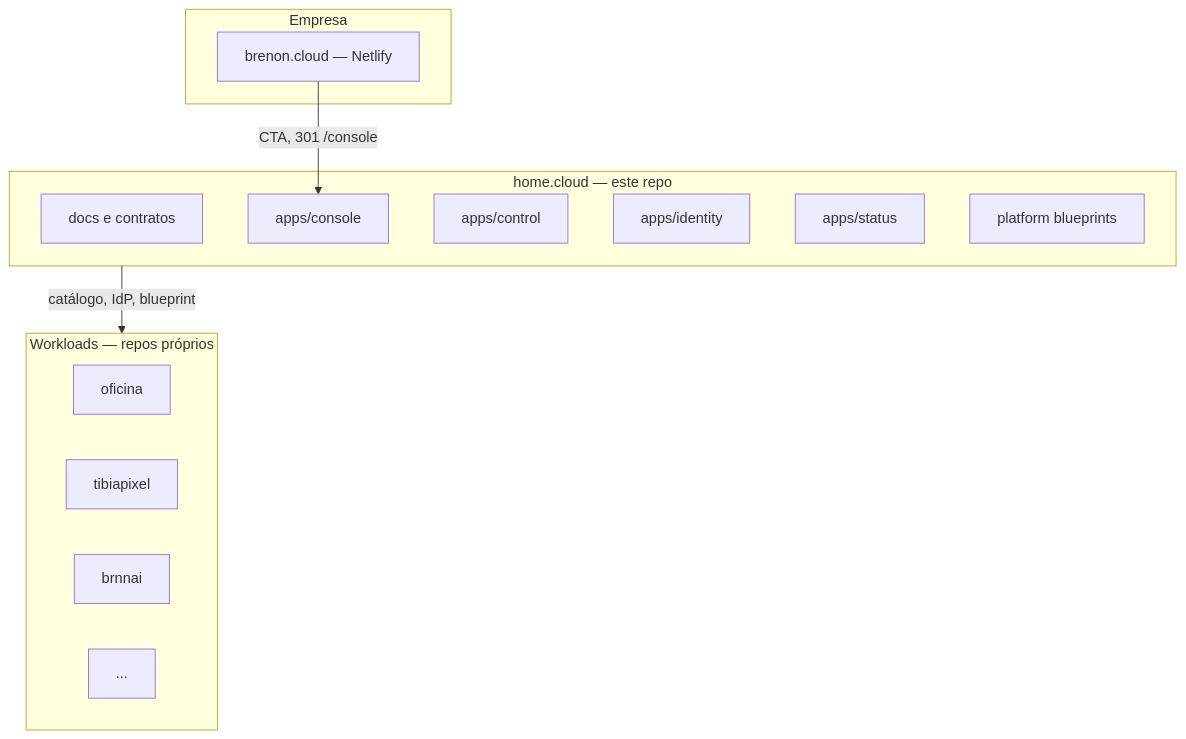
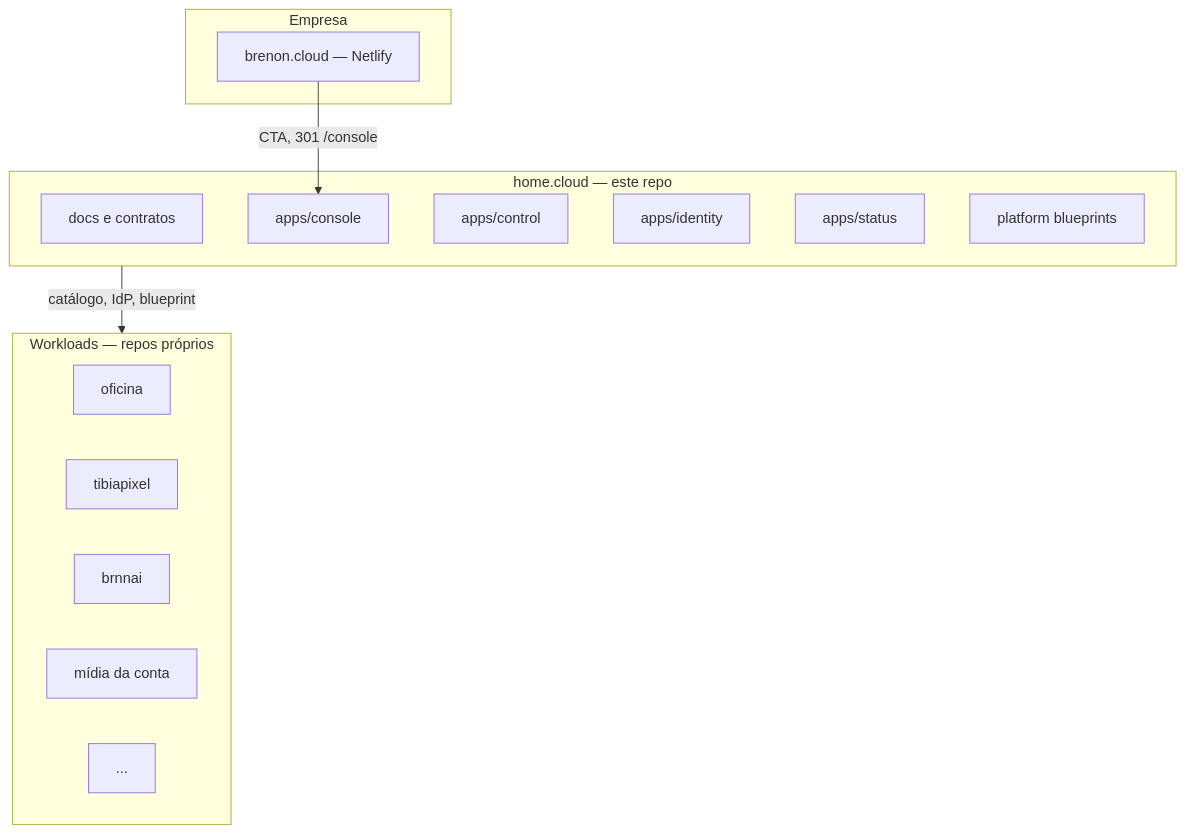
One commit to brenonaraujo/home.cloud changed the fourth of 4 diagrams in ARCHITECTURE.md. Above: the diagram before and after it, drawn with Mermaid. The commit also changed other lines of this file and 4 other files, not shown here.

````diff
--- a/ARCHITECTURE.md
+++ b/ARCHITECTURE.md
@@ -147,25 +148,26 @@
 ```mermaid
 flowchart TB
   subgraph foundation["home.cloud — este repo"]
     Docs[docs e contratos]
     AppsConsole["apps/console"]
     AppsControl["apps/control"]
     AppsId["apps/identity"]
     AppsStatus["apps/status"]
     Plat[platform blueprints]
   end
 
   subgraph company["Empresa"]
     BlogRepo["brenon.cloud — Netlify"]
   end
 
   subgraph workloads["Workloads — repos próprios"]
     Of["oficina"]
     Tib["tibiapixel"]
     Ai["brnnai"]
+    Media["mídia da conta"]
     More["..."]
   end
 
   foundation -->|"catálogo, IdP, blueprint"| workloads
   BlogRepo -->|"CTA, 301 /console"| AppsConsole
 ```
````
